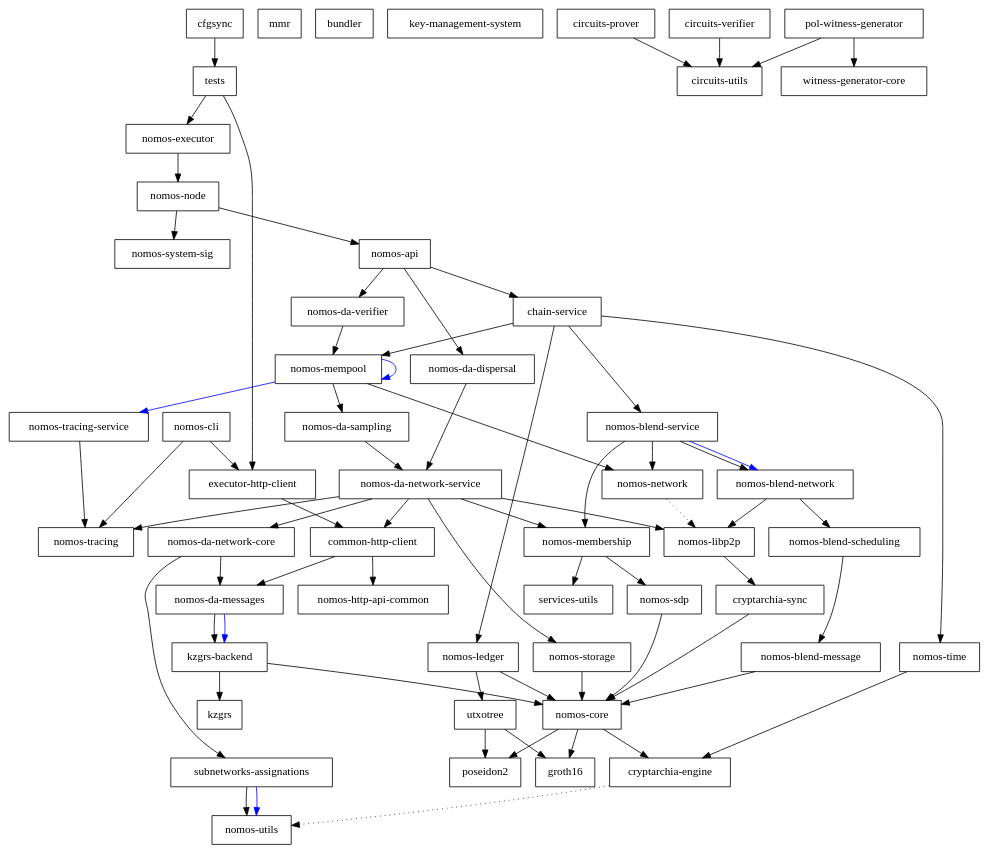
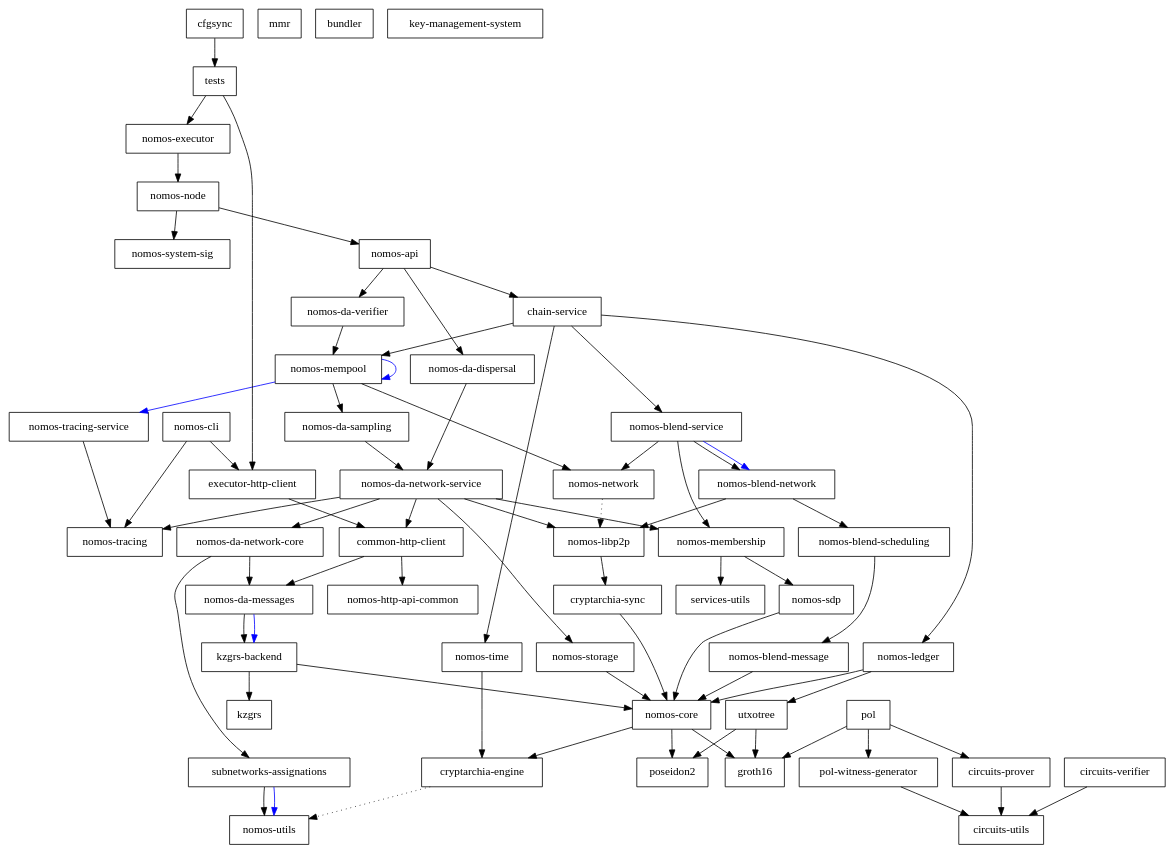
The diagram in dependencies_graph.dot (Astro521/logos-blockchain), drawn with Graphviz before and after one commit. The commit also changed 30 other files, not shown here.

```diff
--- a/dependencies_graph.dot
+++ b/dependencies_graph.dot
@@ -1,120 +1,122 @@
 digraph {
     0 [ label = "cryptarchia-engine" shape = box]
     1 [ label = "nomos-utils" shape = box]
     2 [ label = "cryptarchia-sync" shape = box]
     3 [ label = "nomos-core" shape = box]
     4 [ label = "groth16" shape = box]
     5 [ label = "poseidon2" shape = box]
     6 [ label = "nomos-ledger" shape = box]
     7 [ label = "utxotree" shape = box]
     8 [ label = "mmr" shape = box]
     9 [ label = "nomos-http-api-common" shape = box]
     10 [ label = "nomos-executor" shape = box]
     11 [ label = "kzgrs-backend" shape = box]
     12 [ label = "kzgrs" shape = box]
     13 [ label = "nomos-api" shape = box]
     14 [ label = "chain-service" shape = box]
     15 [ label = "nomos-blend-service" shape = box]
     16 [ label = "nomos-blend-message" shape = box]
     17 [ label = "nomos-blend-network" shape = box]
     18 [ label = "nomos-blend-scheduling" shape = box]
     19 [ label = "nomos-libp2p" shape = box]
     20 [ label = "nomos-membership" shape = box]
     21 [ label = "nomos-sdp" shape = box]
     22 [ label = "services-utils" shape = box]
     23 [ label = "nomos-network" shape = box]
     24 [ label = "nomos-da-sampling" shape = box]
     25 [ label = "nomos-da-network-core" shape = box]
     26 [ label = "nomos-da-messages" shape = box]
     27 [ label = "subnetworks-assignations" shape = box]
     28 [ label = "nomos-da-network-service" shape = box]
     29 [ label = "common-http-client" shape = box]
     30 [ label = "nomos-storage" shape = box]
     31 [ label = "nomos-tracing" shape = box]
     32 [ label = "nomos-mempool" shape = box]
     33 [ label = "nomos-tracing-service" shape = box]
     34 [ label = "nomos-time" shape = box]
     35 [ label = "nomos-da-dispersal" shape = box]
     36 [ label = "nomos-da-verifier" shape = box]
     37 [ label = "nomos-node" shape = box]
     38 [ label = "nomos-system-sig" shape = box]
     39 [ label = "executor-http-client" shape = box]
     40 [ label = "bundler" shape = box]
     41 [ label = "nomos-cli" shape = box]
     42 [ label = "key-management-system" shape = box]
     43 [ label = "cfgsync" shape = box]
     44 [ label = "tests" shape = box]
     45 [ label = "circuits-prover" shape = box]
     46 [ label = "circuits-utils" shape = box]
     47 [ label = "circuits-verifier" shape = box]
-    48 [ label = "witness-generator-core" shape = box]
-    49 [ label = "pol-witness-generator" shape = box]
+    48 [ label = "pol-witness-generator" shape = box]
+    49 [ label = "pol" shape = box]
     0 -> 1 [ style = dotted]
     2 -> 3 [ ]
     3 -> 0 [ ]
     3 -> 4 [ ]
     3 -> 5 [ ]
     6 -> 3 [ ]
     6 -> 7 [ ]
     7 -> 4 [ ]
     7 -> 5 [ ]
     10 -> 37 [ ]
     11 -> 12 [ ]
     11 -> 3 [ ]
     13 -> 14 [ ]
     13 -> 35 [ ]
     13 -> 36 [ ]
     14 -> 15 [ ]
     14 -> 6 [ ]
     14 -> 32 [ ]
     14 -> 34 [ ]
     15 -> 17 [ ]
     15 -> 17 [ color = blue]
     15 -> 20 [ ]
     15 -> 23 [ ]
     16 -> 3 [ ]
     17 -> 18 [ ]
     17 -> 19 [ ]
     18 -> 16 [ ]
     19 -> 2 [ ]
     20 -> 21 [ ]
     20 -> 22 [ ]
     21 -> 3 [ ]
     23 -> 19 [ style = dotted]
     24 -> 28 [ ]
     25 -> 26 [ ]
     25 -> 27 [ ]
     26 -> 11 [ ]
     26 -> 11 [ color = blue]
     27 -> 1 [ ]
     27 -> 1 [ color = blue]
     28 -> 29 [ ]
     28 -> 25 [ ]
     28 -> 19 [ ]
     28 -> 20 [ ]
     28 -> 30 [ ]
     28 -> 31 [ ]
     29 -> 26 [ ]
     29 -> 9 [ ]
     30 -> 3 [ ]
     32 -> 24 [ ]
     32 -> 32 [ color = blue]
     32 -> 23 [ ]
     32 -> 33 [ color = blue]
     33 -> 31 [ ]
     34 -> 0 [ ]
     35 -> 28 [ ]
     36 -> 32 [ ]
     37 -> 13 [ ]
     37 -> 38 [ ]
     39 -> 29 [ ]
     41 -> 39 [ ]
     41 -> 31 [ ]
     43 -> 44 [ ]
     44 -> 39 [ ]
     44 -> 10 [ ]
     45 -> 46 [ ]
     47 -> 46 [ ]
-    49 -> 46 [ ]
+    48 -> 46 [ ]
+    49 -> 45 [ ]
+    49 -> 4 [ ]
     49 -> 48 [ ]
 }
```
